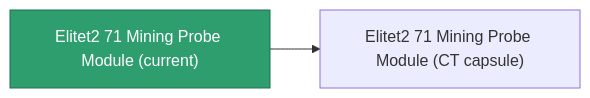
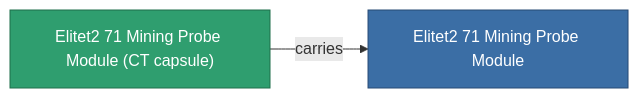
The diagram in content/content/items/elitet2_71_mining_probe_module.md (OpenPerpetuum/Wiki), drawn with Mermaid before and after one commit. The commit also changed other lines of this file and 2015 other files, not shown here.

````diff
--- a/content/content/items/elitet2_71_mining_probe_module.md
+++ b/content/content/items/elitet2_71_mining_probe_module.md
@@ -36,8 +36,9 @@
 ```mermaid
 graph LR
-    a["Elitet2 71 Mining Probe Module (current)"]:::current
-    b["Elitet2 71 Mining Probe Module (CT capsule)"]
-    a --> b
-    click b "/content/items/elitet2-71-mining-probe-module-ct-capsule/" "Elitet2 71 Mining Probe Module (CT capsule)"
+    a["Elitet2 71 Mining Probe Module (CT capsule)"]:::current
+    b["Elitet2 71 Mining Probe Module"]:::finished
+    a -->|carries| b
+                click b "/content/items/elitet2-71-mining-probe-module/" "Elitet2 71 Mining Probe Module"
     classDef current fill:#2f9e6f,stroke:#1f6f4a,color:#ffffff
+    classDef finished fill:#3b6ea5,stroke:#274a75,color:#ffffff
 ```
````
